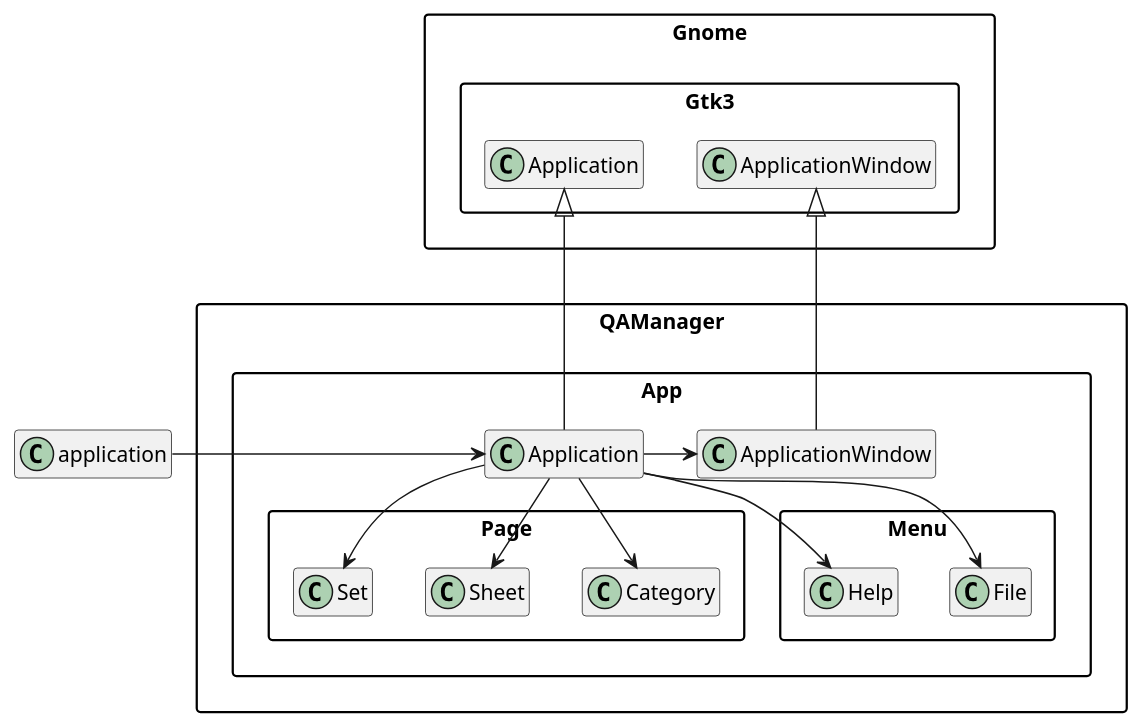
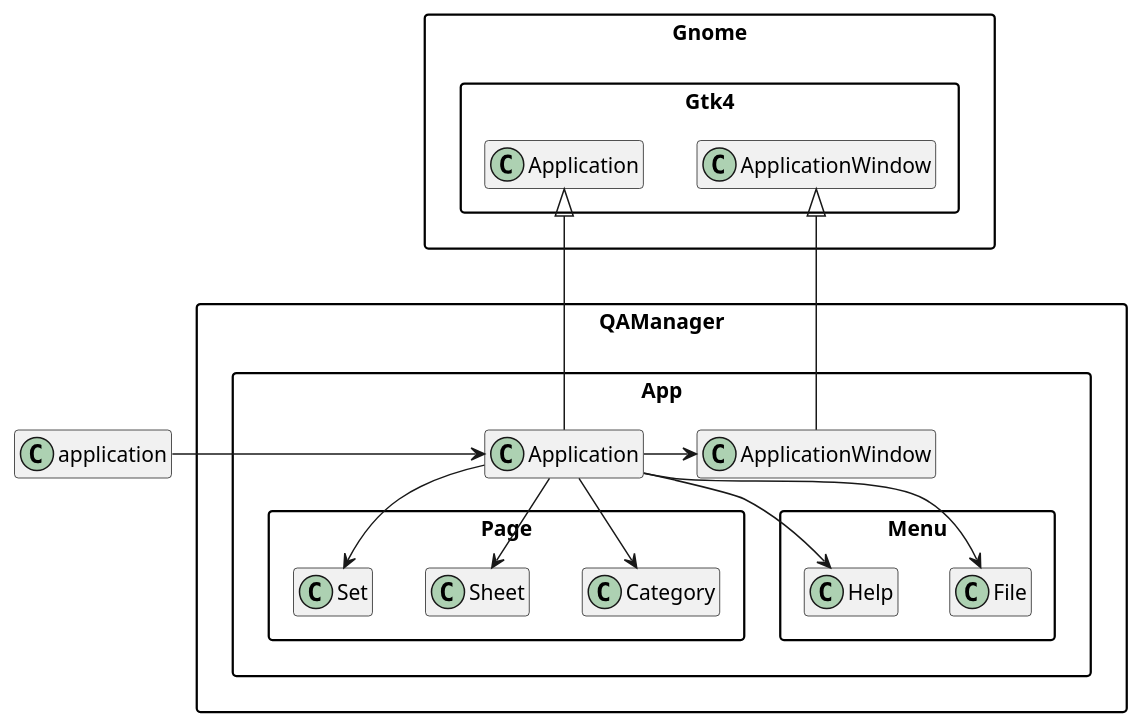
The diagram in doc/plantuml/structure-top.puml (MARTIMM/question-answer), drawn with PlantUML before and after one commit. The commit also changed 46 other files, not shown here.

```diff
--- a/doc/plantuml/structure-top.puml
+++ b/doc/plantuml/structure-top.puml
@@ -1,18 +1,18 @@
 'scale 0.9
 skinparam packageStyle rectangle
 set namespaceSeparator ::
 hide members
 
 'title top level application
 application -> QAManager::App::Application
 
 QAManager::App::Application -> QAManager::App::ApplicationWindow
 QAManager::App::Application --> QAManager::App::Page::Category
 QAManager::App::Application --> QAManager::App::Page::Sheet
 QAManager::App::Application --> QAManager::App::Page::Set
-Gnome::Gtk3::Application <|-- QAManager::App::Application
+Gnome::Gtk4::Application <|-- QAManager::App::Application
 
 QAManager::App::Application --> QAManager::App::Menu::File
 QAManager::App::Application --> QAManager::App::Menu::Help
 
-Gnome::Gtk3::ApplicationWindow <|--- QAManager::App::ApplicationWindow
+Gnome::Gtk4::ApplicationWindow <|--- QAManager::App::ApplicationWindow
```
